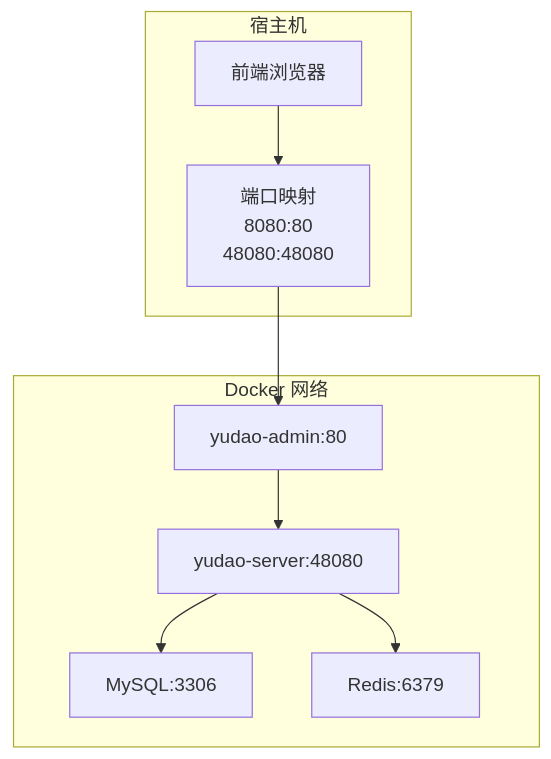
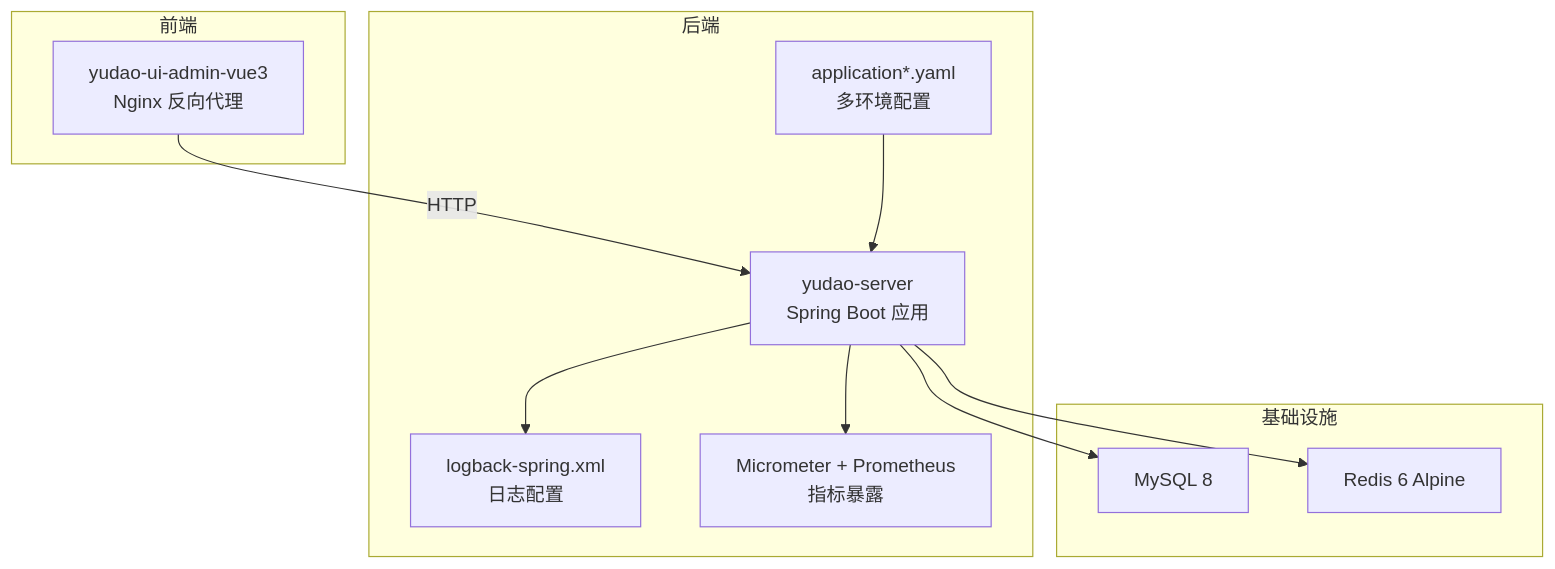
One commit to xiaoche80s-tech/rouyi-vue-pro changed the second of 8 diagrams in .qoder/repowiki/zh/content/部署运维/容器化部署.md. Above: the diagram before and after it, drawn with Mermaid. The commit also changed other lines of this file and 840 other files, not shown here.

````diff
--- a/.qoder/repowiki/zh/content/部署运维/容器化部署.md
+++ b/.qoder/repowiki/zh/content/部署运维/容器化部署.md
@@ -85,18 +117,22 @@
 ```mermaid
 graph TB
-subgraph "宿主机"
-FE["前端浏览器"]
-PORTS["端口映射<br/>8080:80<br/>48080:48080"]
+subgraph "前端"
+UI["yudao-ui-admin-vue3<br/>Nginx 反向代理"]
 end
-subgraph "Docker 网络"
-NGINX["yudao-admin:80"]
-API["yudao-server:48080"]
-DB["MySQL:3306"]
-CACHE["Redis:6379"]
+subgraph "后端"
+API["yudao-server<br/>Spring Boot 应用"]
+CFG["application*.yaml<br/>多环境配置"]
+LOG["logback-spring.xml<br/>日志配置"]
+METRICS["Micrometer + Prometheus<br/>指标暴露"]
 end
-FE --> PORTS
-PORTS --> NGINX
-NGINX --> API
-API --> DB
-API --> CACHE
+subgraph "基础设施"
+MYSQL["MySQL 8"]
+REDIS["Redis 6 Alpine"]
+end
+UI --> |"HTTP"| API
+API --> MYSQL
+API --> REDIS
+API --> LOG
+API --> METRICS
+CFG --> API
 ```
````
